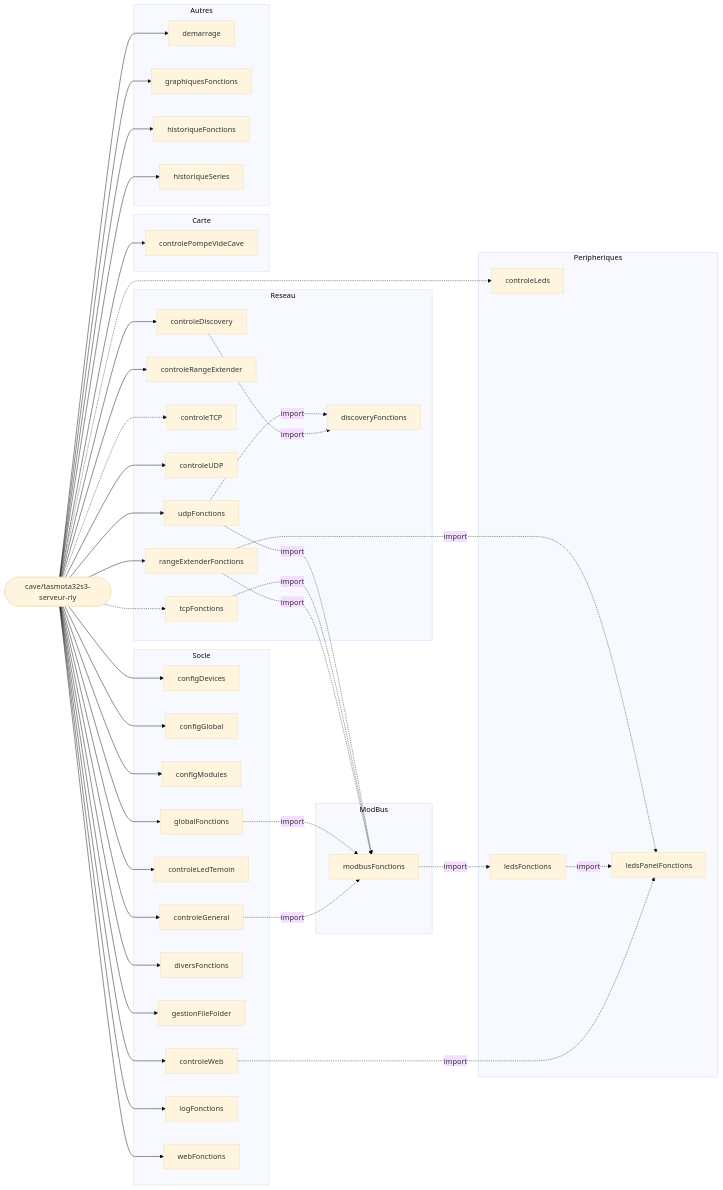
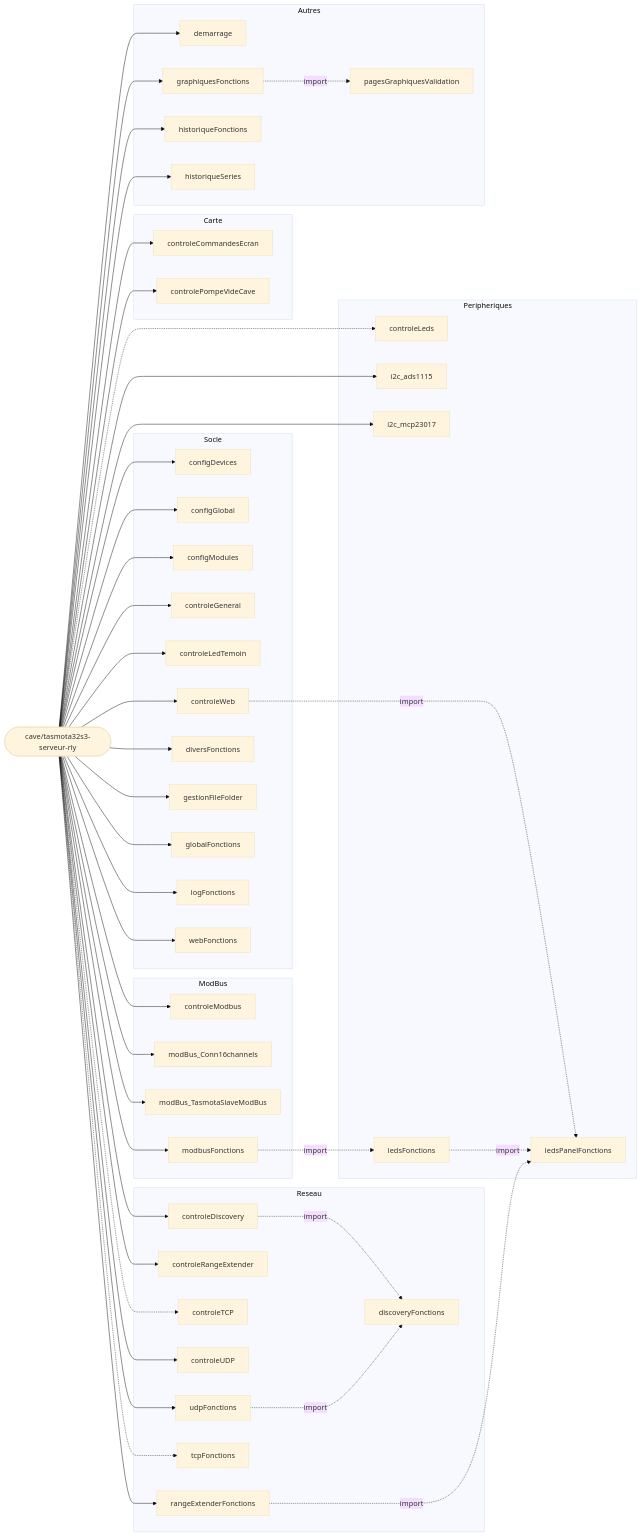
Before and after one commit to fdaubercy/Tasmota: the sixth of 14 diagrams in outils_docs/CARTE_MODULES_BERRY.md, drawn with Mermaid (base theme). The commit also changed other lines of this file and 2 other files, not shown here.

First line of the commit message:
docs(mqtt): voie MQTT maitre/esclaves dans le README, CLAUDE.md et la carte des modules

````diff
--- a/outils_docs/CARTE_MODULES_BERRY.md
+++ b/outils_docs/CARTE_MODULES_BERRY.md
@@ -288,14 +609,20 @@
         m_udpFonctions["udpFonctions"]
     end
     subgraph g_ModBus["ModBus"]
+        m_controleModbus["controleModbus"]
+        m_modBus_Conn16channels["modBus_Conn16channels"]
+        m_modBus_TasmotaSlaveModBus["modBus_TasmotaSlaveModBus"]
         m_modbusFonctions["modbusFonctions"]
     end
     subgraph g_Peripheriques["Peripheriques"]
         m_controleLeds["controleLeds"]
+        m_i2c_ads1115["i2c_ads1115"]
+        m_i2c_mcp23017["i2c_mcp23017"]
         m_ledsFonctions["ledsFonctions"]
         m_ledsPanelFonctions["ledsPanelFonctions"]
     end
     subgraph g_Carte["Carte"]
+        m_controleCommandesEcran["controleCommandesEcran"]
         m_controlePompeVideCave["controlePompeVideCave"]
     end
     subgraph g_Autres["Autres"]
@@ -303,6 +630,7 @@
         m_graphiquesFonctions["graphiquesFonctions"]
         m_historiqueFonctions["historiqueFonctions"]
         m_historiqueSeries["historiqueSeries"]
+        m_pagesGraphiquesValidation["pagesGraphiquesValidation"]
     end
     CARTE --> m_configDevices
     CARTE --> m_configGlobal
@@ -324,19 +652,22 @@
     CARTE --> m_rangeExtenderFonctions
     CARTE -.-> m_tcpFonctions
     CARTE --> m_udpFonctions
-    m_controleGeneral -.->|import| m_modbusFonctions
-    m_globalFonctions -.->|import| m_modbusFonctions
-    m_rangeExtenderFonctions -.->|import| m_modbusFonctions
-    m_tcpFonctions -.->|import| m_modbusFonctions
-    m_udpFonctions -.->|import| m_modbusFonctions
+    CARTE --> m_controleModbus
+    CARTE --> m_modBus_Conn16channels
+    CARTE --> m_modBus_TasmotaSlaveModBus
+    CARTE --> m_modbusFonctions
     CARTE -.-> m_controleLeds
+    CARTE --> m_i2c_ads1115
+    CARTE --> m_i2c_mcp23017
     m_modbusFonctions -.->|import| m_ledsFonctions
     m_controleWeb -.->|import| m_ledsPanelFonctions
     m_ledsFonctions -.->|import| m_ledsPanelFonctions
     m_rangeExtenderFonctions -.->|import| m_ledsPanelFonctions
+    CARTE --> m_controleCommandesEcran
     CARTE --> m_controlePompeVideCave
     CARTE --> m_demarrage
     CARTE --> m_graphiquesFonctions
     CARTE --> m_historiqueFonctions
     CARTE --> m_historiqueSeries
+    m_graphiquesFonctions -.->|import| m_pagesGraphiquesValidation
 ```
````
